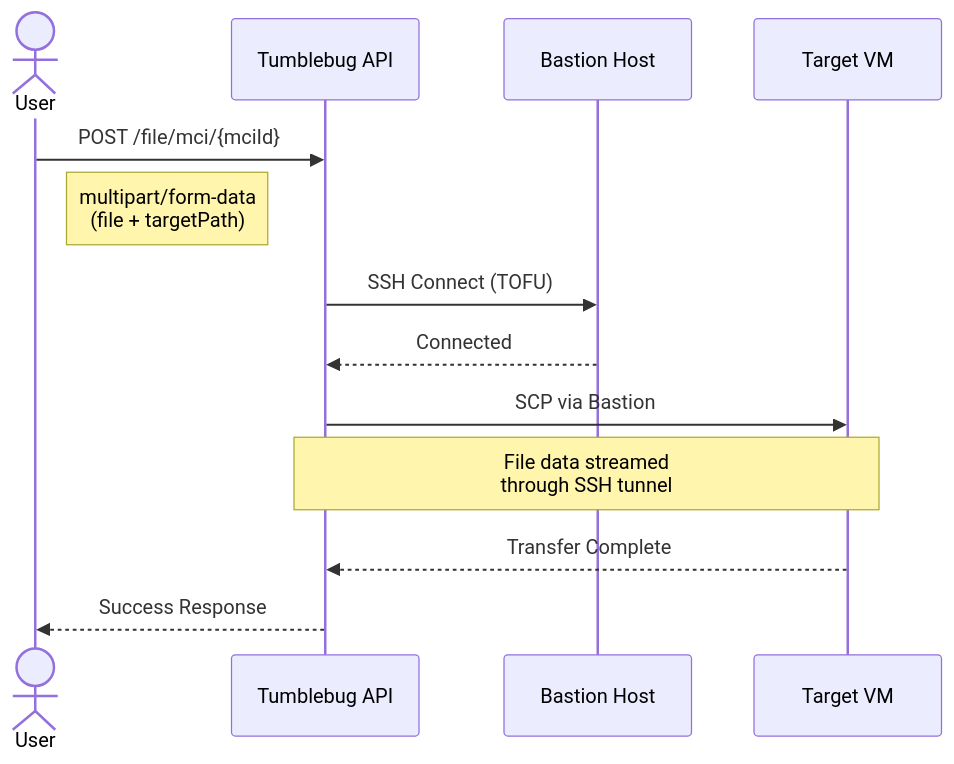
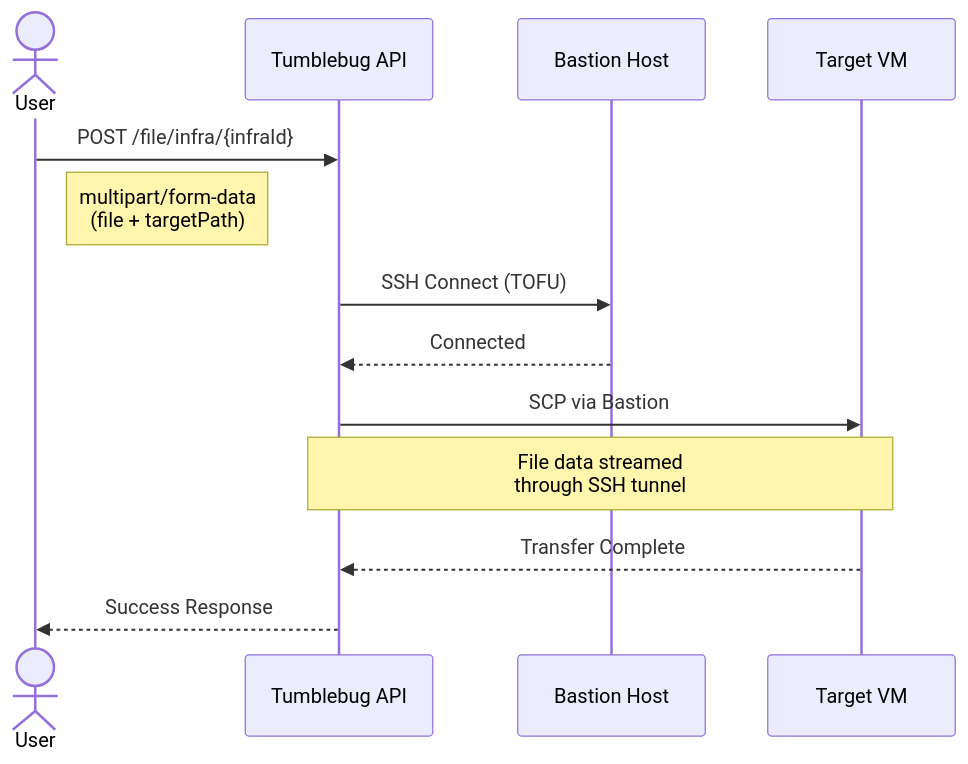
One commit to cloud-barista/cb-tumblebug changed the third of 8 diagrams in docs/feature_guide/remote-command-and-file-transfer.md. Above: the diagram before and after it, drawn with Mermaid. The commit also changed other lines of this file and 197 other files, not shown here.

````diff
--- a/docs/feature_guide/remote-command-and-file-transfer.md
+++ b/docs/feature_guide/remote-command-and-file-transfer.md
@@ -152,19 +152,19 @@
 ```mermaid
 sequenceDiagram
     actor User
     participant API as Tumblebug API
     participant Bastion as Bastion Host
     participant Target as Target VM
     
-    User->>API: POST /file/mci/{mciId}
+    User->>API: POST /file/infra/{infraId}
     Note right of User: multipart/form-data<br/>(file + targetPath)
     
     API->>Bastion: SSH Connect (TOFU)
     Bastion-->>API: Connected
     
     API->>Target: SCP via Bastion
     Note over API,Target: File data streamed<br/>through SSH tunnel
     
     Target-->>API: Transfer Complete
     API-->>User: Success Response
 ```
````
